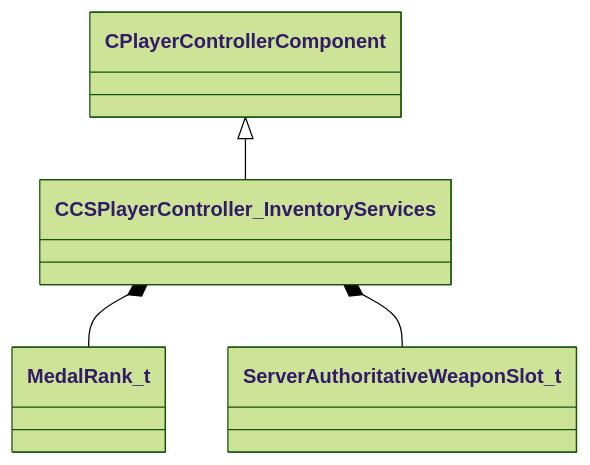
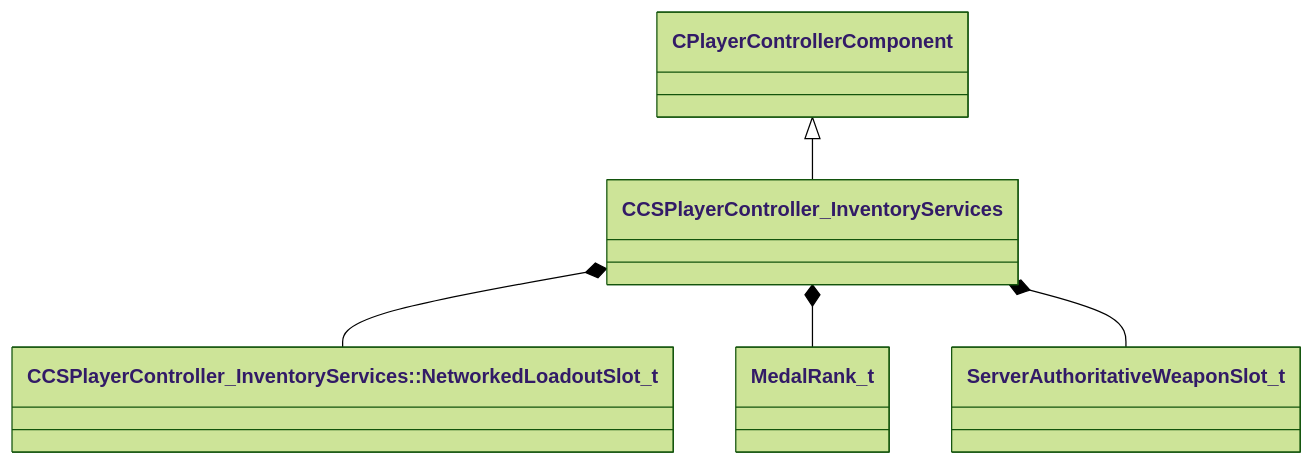
The diagram in docs/generated/schemas/client/CCSPlayerController_InventoryServices.md (CS2OpenDev/CS2OpenDev-Docs), drawn with Mermaid (forest theme) before and after one commit. The commit also changed other lines of this file and 4525 other files, not shown here.

````diff
--- a/docs/generated/schemas/client/CCSPlayerController_InventoryServices.md
+++ b/docs/generated/schemas/client/CCSPlayerController_InventoryServices.md
@@ -20,6 +23,7 @@
 ```mermaid
 classDiagram
     CPlayerControllerComponent <|-- CCSPlayerController_InventoryServices
+    CCSPlayerController_InventoryServices *-- `CCSPlayerController_InventoryServices::NetworkedLoadoutSlot_t`
     CCSPlayerController_InventoryServices *-- MedalRank_t
     CCSPlayerController_InventoryServices *-- ServerAuthoritativeWeaponSlot_t
 ```
````
